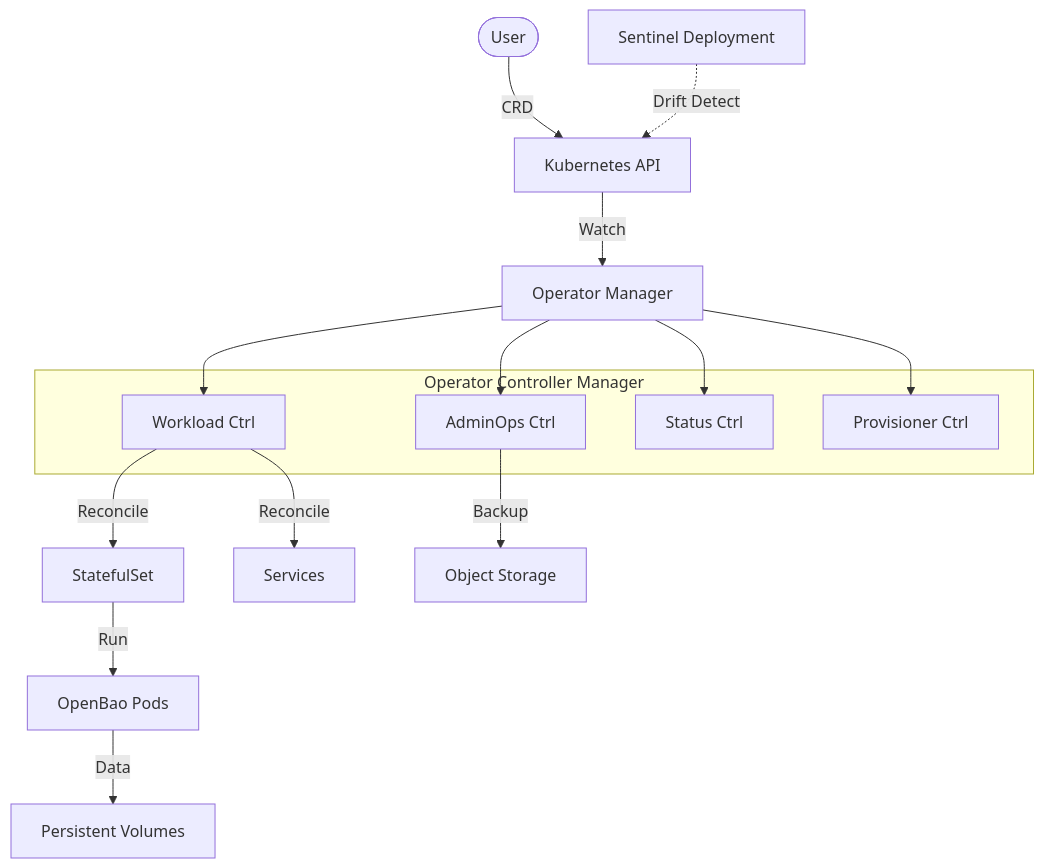
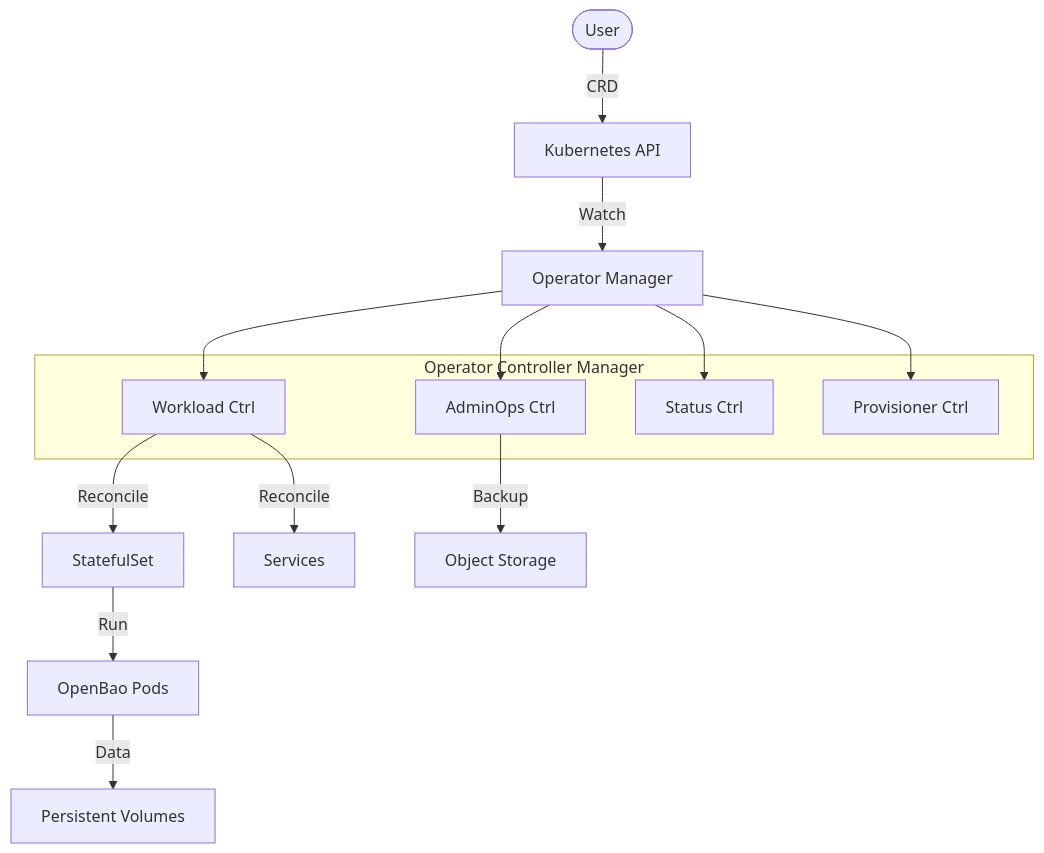
Before and after one commit to dc-tec/openbao-operator: the first of 2 diagrams in docs/architecture/index.md, drawn with Mermaid. The commit also changed 87 other files, not shown here.

Commit message:
refactor(core)!: remove Sentinel drift detection (VAP hardening) (#39)

````diff
--- a/docs/architecture/index.md
+++ b/docs/architecture/index.md
@@ -54,23 +54,21 @@
 ```mermaid
 graph TD
     User([User]) -->|CRD| API[Kubernetes API]
     
     subgraph "Operator Controller Manager"
         Workload[Workload Ctrl]
         AdminOps[AdminOps Ctrl]
         Status[Status Ctrl]
         Provisioner[Provisioner Ctrl]
     end
 
     API -->|Watch| Operator[Operator Manager]
     Operator --> Workload & AdminOps & Status & Provisioner
     
     Workload -->|Reconcile| STS[StatefulSet]
     Workload -->|Reconcile| Svc[Services]
     AdminOps -->|Backup| ObjStore[Object Storage]
     
     STS -->|Run| Pods[OpenBao Pods]
     Pods -->|Data| PVC[Persistent Volumes]
-    
-    Sentinel[Sentinel Deployment] -.->|Drift Detect| API
 ```
````
